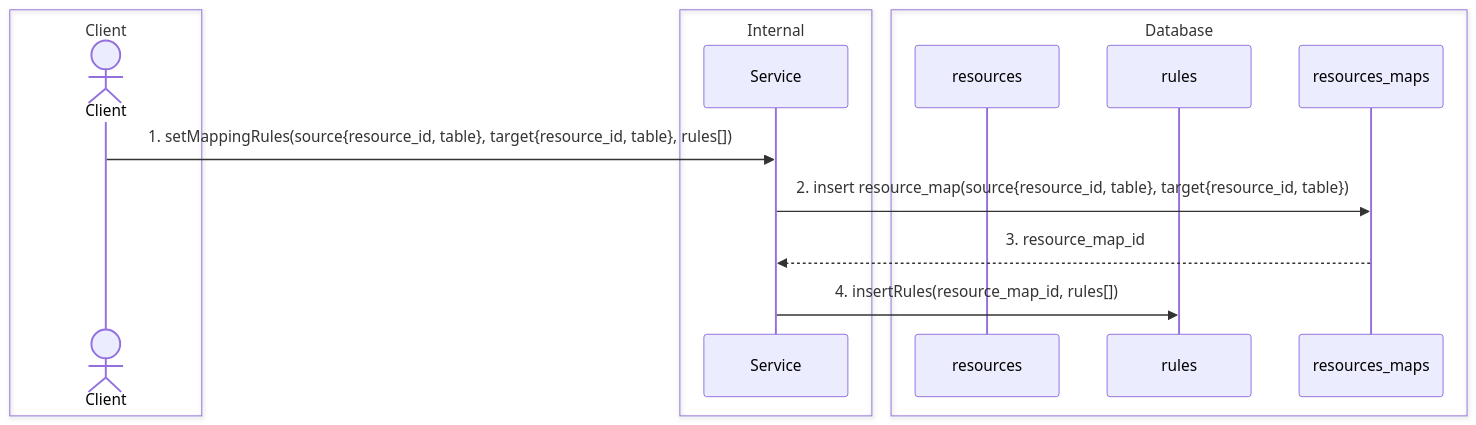
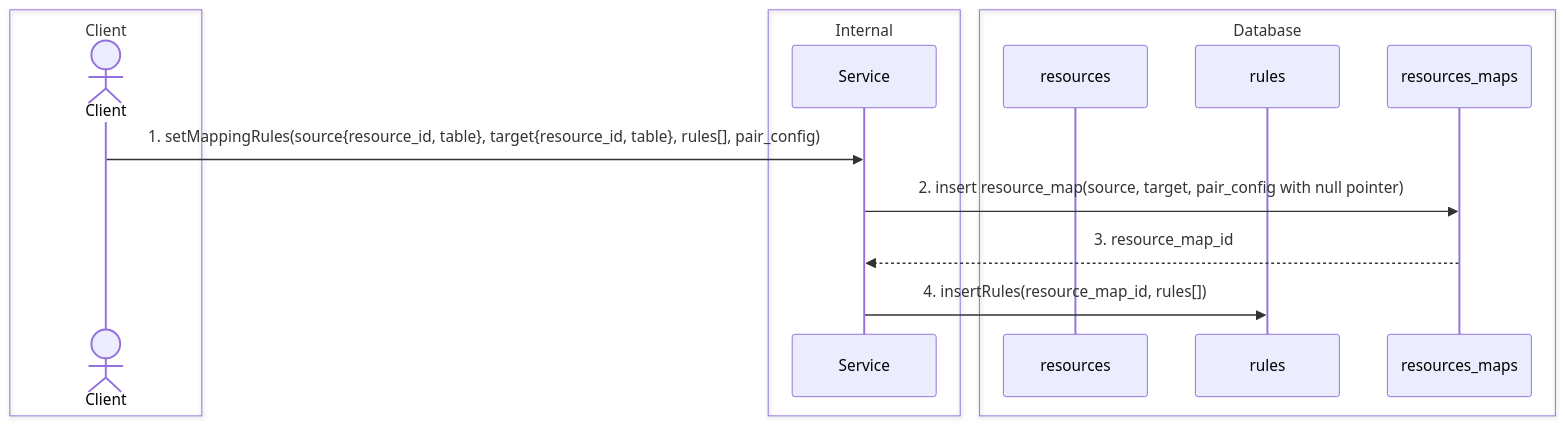
Before and after one commit to spk-cpsamut/rep-pro: the second of 3 diagrams in docs/overall-workflows.md, drawn with Mermaid. The commit also changed other lines of this file and 19 other files, not shown here.

First line of the commit message:
feat: implement resource mapping with pair configuration and PostgreSQL integration

````diff
--- a/docs/overall-workflows.md
+++ b/docs/overall-workflows.md
@@ -74,18 +84,18 @@
 ```mermaid
 sequenceDiagram
     box Client
     actor C as Client
     end
     box Internal
     participant S as Service
     end
     box Database
     participant R as resources
     participant RS as rules
     participant RSM as resources_maps
     end
-    C  ->> S:   1. setMappingRules(source{resource_id, table}, target{resource_id, table}, rules[])
-    S  ->> RSM: 2. insert resource_map(source{resource_id, table}, target{resource_id, table})
+    C  ->> S:   1. setMappingRules(source{resource_id, table}, target{resource_id, table}, rules[], pair_config)
+    S  ->> RSM: 2. insert resource_map(source, target, pair_config with null pointer)
     RSM -->> S: 3. resource_map_id
     S  ->> RS:  4. insertRules(resource_map_id, rules[])
 ```
````
